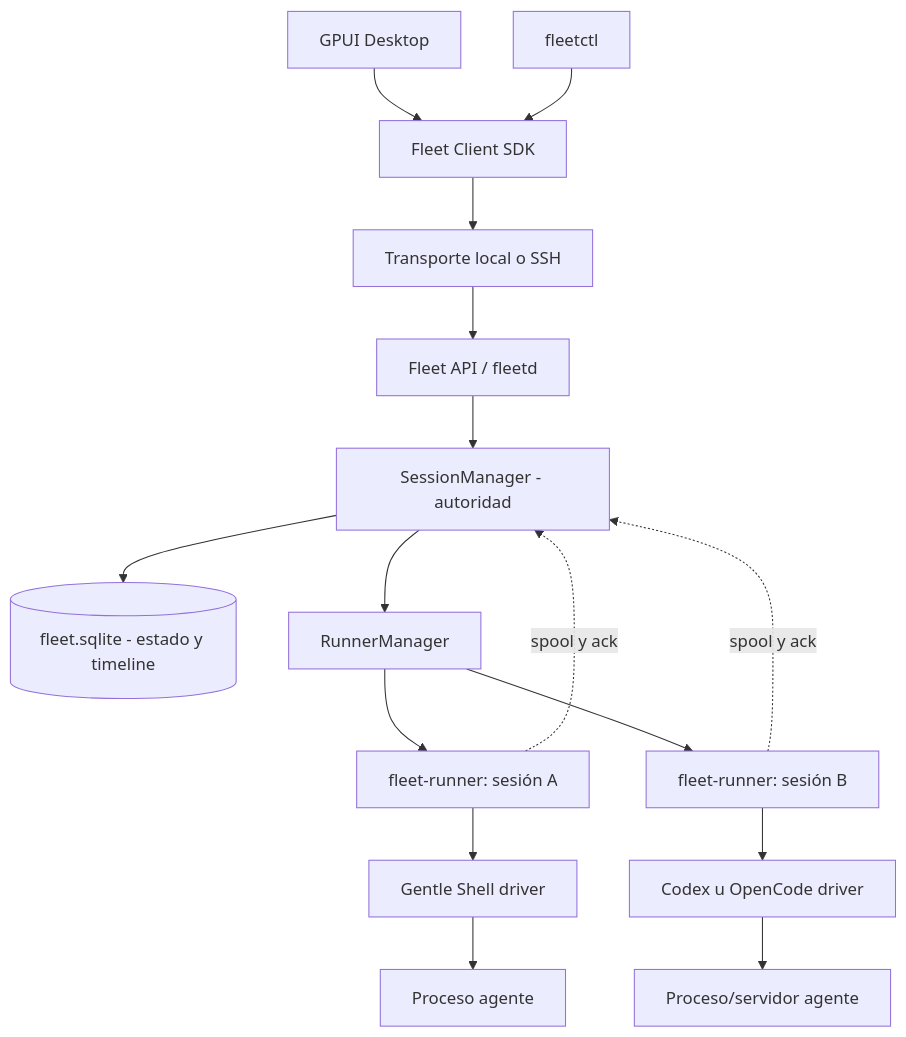
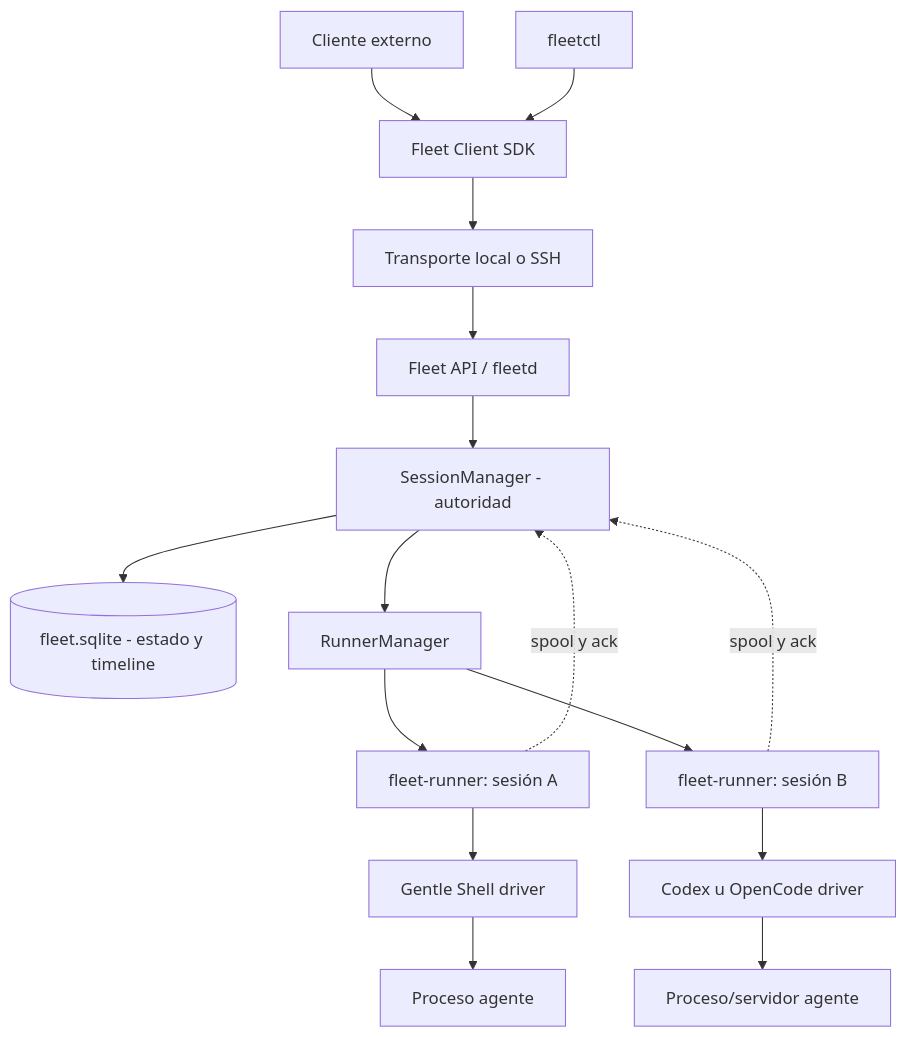
One commit to javijec/gentle-fleet changed the diagram in docs/ARCHITECTURE.md. Above: the diagram before and after it, drawn with Mermaid. The commit also changed other lines of this file and 9 other files, not shown here.

```diff
--- a/docs/ARCHITECTURE.md
+++ b/docs/ARCHITECTURE.md
@@ -23,18 +23,18 @@
 ~~~mermaid
 flowchart TB
-    UI[GPUI Desktop] --> SDK[Fleet Client SDK]
+    UI[Cliente externo] --> SDK[Fleet Client SDK]
     CLI[fleetctl] --> SDK
     SDK --> TR[Transporte local o SSH]
     TR --> API[Fleet API / fleetd]
     API --> SM[SessionManager - autoridad]
     SM --> ST[(fleet.sqlite - estado y timeline)]
     SM --> RM[RunnerManager]
     RM --> R1[fleet-runner: sesión A]
     RM --> R2[fleet-runner: sesión B]
     R1 --> D1[Gentle Shell driver]
     R2 --> D2[Codex u OpenCode driver]
     D1 --> P1[Proceso agente]
     D2 --> P2[Proceso/servidor agente]
     R1 -. spool y ack .-> SM
     R2 -. spool y ack .-> SM
 ~~~
```
